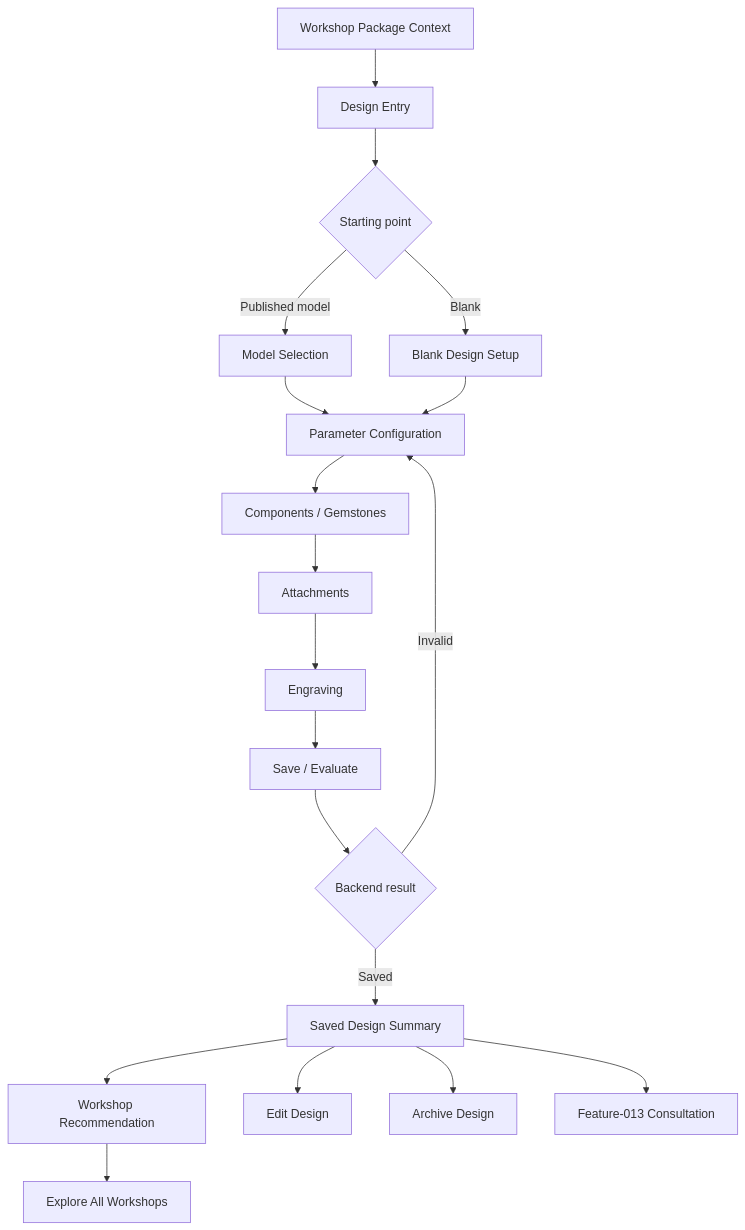
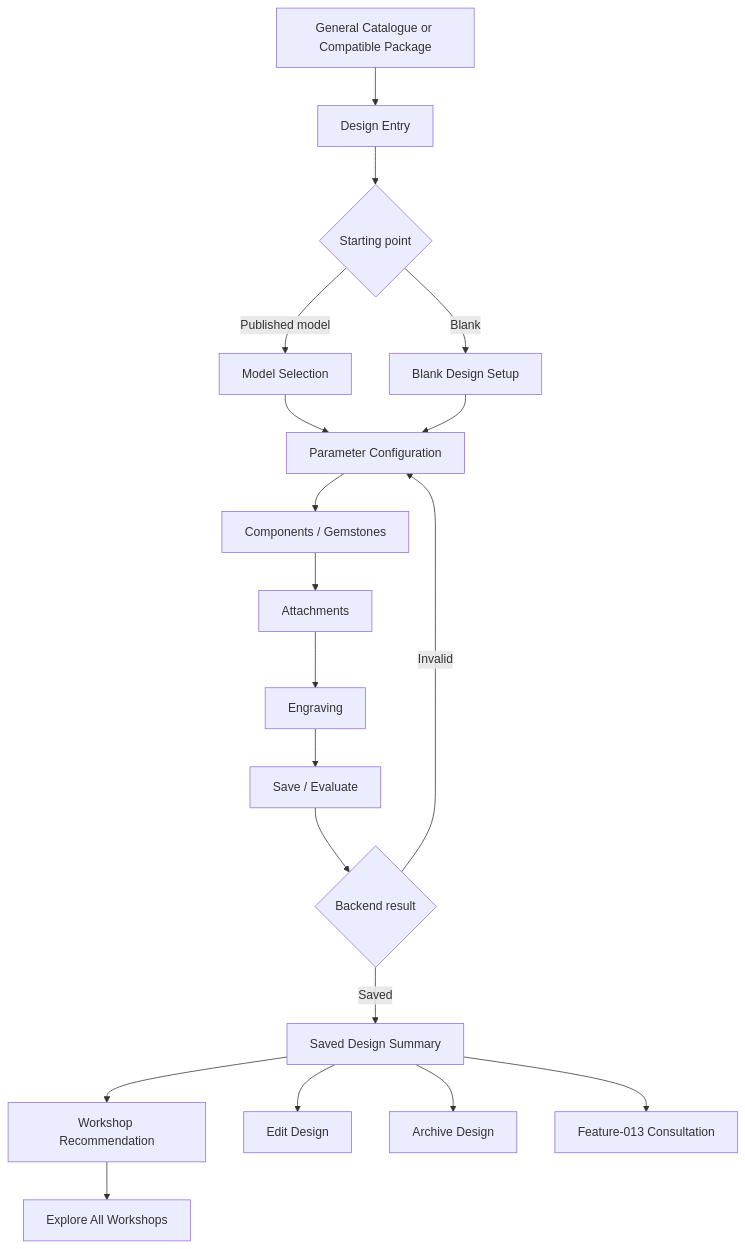
One commit to quoc-ca/mland-operations-hub changed the diagram in ppswbs-spec/features/012-workshop-ring-design-configuration/design/ui-flow.md. Above: the diagram before and after it, drawn with Mermaid. The commit also changed other lines of this file and 35 other files, not shown here.

````diff
--- a/ppswbs-spec/features/012-workshop-ring-design-configuration/design/ui-flow.md
+++ b/ppswbs-spec/features/012-workshop-ring-design-configuration/design/ui-flow.md
@@ -53,21 +55,21 @@
 ```mermaid
 flowchart TD
-  A[Workshop Package Context] --> B[Design Entry]
+  A[General Catalogue or Compatible Package] --> B[Design Entry]
   B --> C{Starting point}
   C -->|Published model| D[Model Selection]
   C -->|Blank| E[Blank Design Setup]
   D --> F[Parameter Configuration]
   E --> F
   F --> G[Components / Gemstones]
   G --> H[Attachments]
   H --> I[Engraving]
   I --> J[Save / Evaluate]
   J --> K{Backend result}
   K -->|Invalid| F
   K -->|Saved| L[Saved Design Summary]
   L --> M[Workshop Recommendation]
   L --> N[Edit Design]
   L --> O[Archive Design]
   L --> P[Feature-013 Consultation]
   M --> Q[Explore All Workshops]
 ```
````
